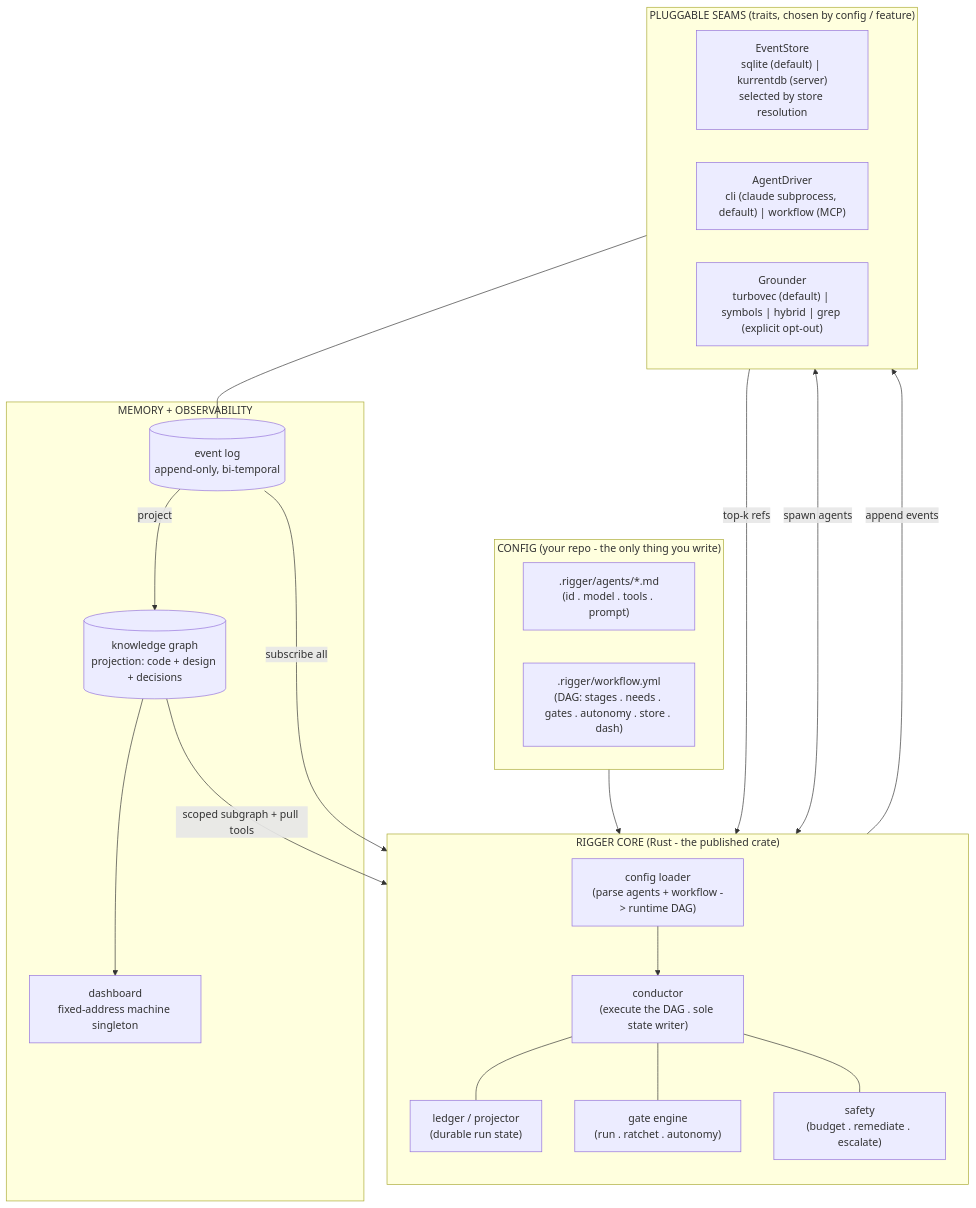
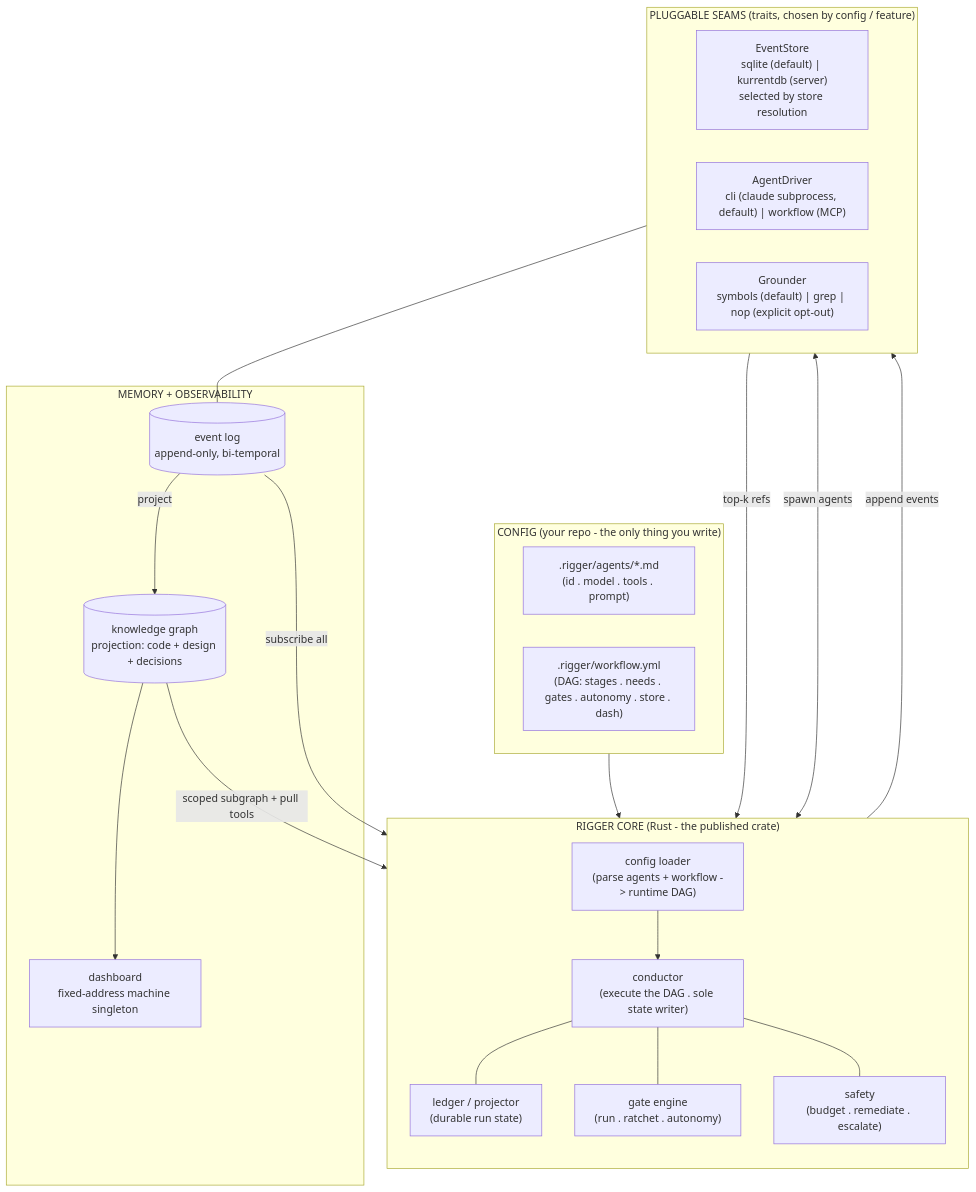
The first of 3 diagrams in docs/architecture.md (virtual-velocitation/rigger), drawn with Mermaid before and after one commit. The commit also changed other lines of this file and 4 other files, not shown here.

````diff
--- a/docs/architecture.md
+++ b/docs/architecture.md
@@ -118,41 +118,41 @@
 ```mermaid
 flowchart TB
   subgraph CFG["CONFIG (your repo - the only thing you write)"]
     AG[".rigger/agents/*.md<br/>(id . model . tools . prompt)"]
     WF[".rigger/workflow.yml<br/>(DAG: stages . needs . gates . autonomy . store . dash)"]
   end
 
   subgraph CORE["RIGGER CORE (Rust - the published crate)"]
     direction TB
     LOADER["config loader<br/>(parse agents + workflow -> runtime DAG)"]
     COND["conductor<br/>(execute the DAG . sole state writer)"]
     LEDGER["ledger / projector<br/>(durable run state)"]
     GATES["gate engine<br/>(run . ratchet . autonomy)"]
     SAFE["safety<br/>(budget . remediate . escalate)"]
     LOADER --> COND
     COND --- LEDGER & GATES & SAFE
   end
 
   subgraph SEAMS["PLUGGABLE SEAMS (traits, chosen by config / feature)"]
     direction LR
     ES["EventStore<br/>sqlite (default) | kurrentdb (server)<br/>selected by store resolution"]
     DR["AgentDriver<br/>cli (claude subprocess, default) | workflow (MCP)"]
-    GR["Grounder<br/>turbovec (default) | symbols | hybrid | grep (explicit opt-out)"]
+    GR["Grounder<br/>symbols (default) | grep | nop (explicit opt-out)"]
   end
 
   subgraph MEM["MEMORY + OBSERVABILITY"]
     LOG[("event log<br/>append-only, bi-temporal")]
     CG[("knowledge graph<br/>projection: code + design + decisions")]
     DASH["dashboard<br/>fixed-address machine singleton"]
     LOG -->|project| CG
     CG --> DASH
   end
 
   CFG --> LOADER
   COND <-->|spawn agents| DR
   COND -->|append events| ES
   ES --- LOG
   LOG -->|subscribe all| COND
   CG -->|scoped subgraph + pull tools| COND
   GR -->|top-k refs| COND
 ```
````
